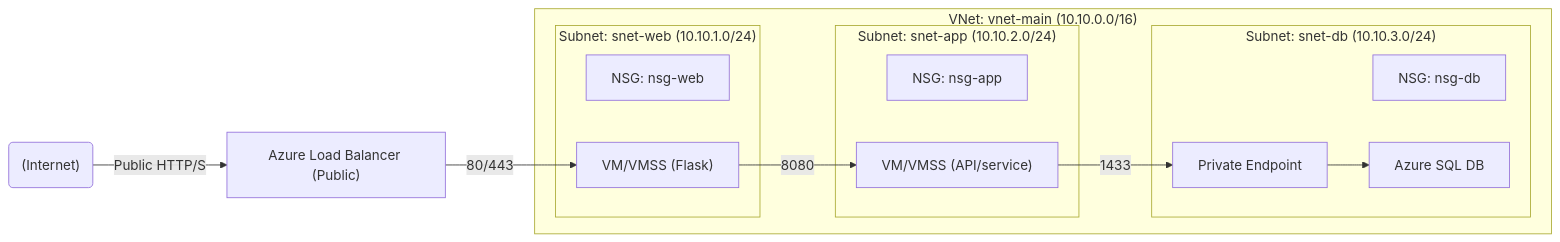
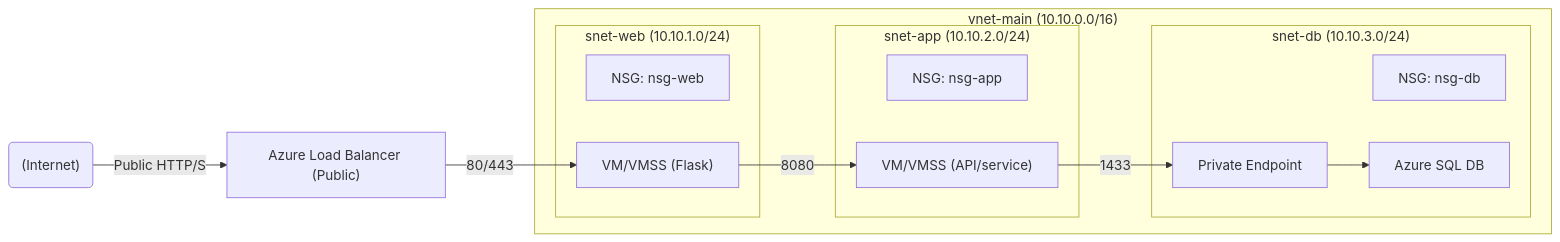
The first of 8 diagrams in README.md (Ch3rry-Pi3-Azure/Azure-3-Tier-VNet), drawn with Mermaid before and after one commit. The commit also changed other lines of this file and 10 other files, not shown here.

````diff
--- a/README.md
+++ b/README.md
@@ -44,24 +44,24 @@
 ```mermaid
 flowchart LR
     Internet("(Internet)") -->|Public HTTP/S| LB["Azure Load Balancer (Public)"]
-    subgraph VNet["VNet: vnet-main (10.10.0.0/16)"]
-        subgraph Web["Subnet: snet-web (10.10.1.0/24)"]
+    subgraph VNet["vnet-main (10.10.0.0/16)"]
+        subgraph Web["snet-web (10.10.1.0/24)"]
             WebNSG["NSG: nsg-web"]
             WebVM["VM/VMSS (Flask)"]
         end
-        subgraph App["Subnet: snet-app (10.10.2.0/24)"]
+        subgraph App["snet-app (10.10.2.0/24)"]
             AppNSG["NSG: nsg-app"]
             AppVM["VM/VMSS (API/service)"]
         end
-        subgraph Db["Subnet: snet-db (10.10.3.0/24)"]
+        subgraph Db["snet-db (10.10.3.0/24)"]
             DbNSG["NSG: nsg-db"]
             PE[Private Endpoint]
             SQL[Azure SQL DB]
         end
     end
     LB -->|80/443| WebVM
     WebVM -->|8080| AppVM
     AppVM -->|1433| PE
     PE --> SQL
     
 ```
````
